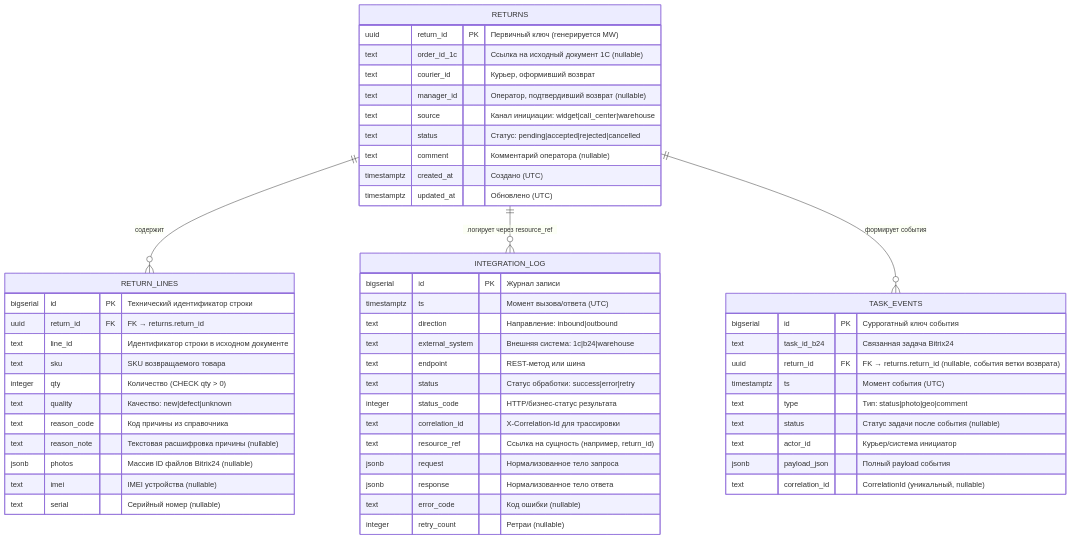
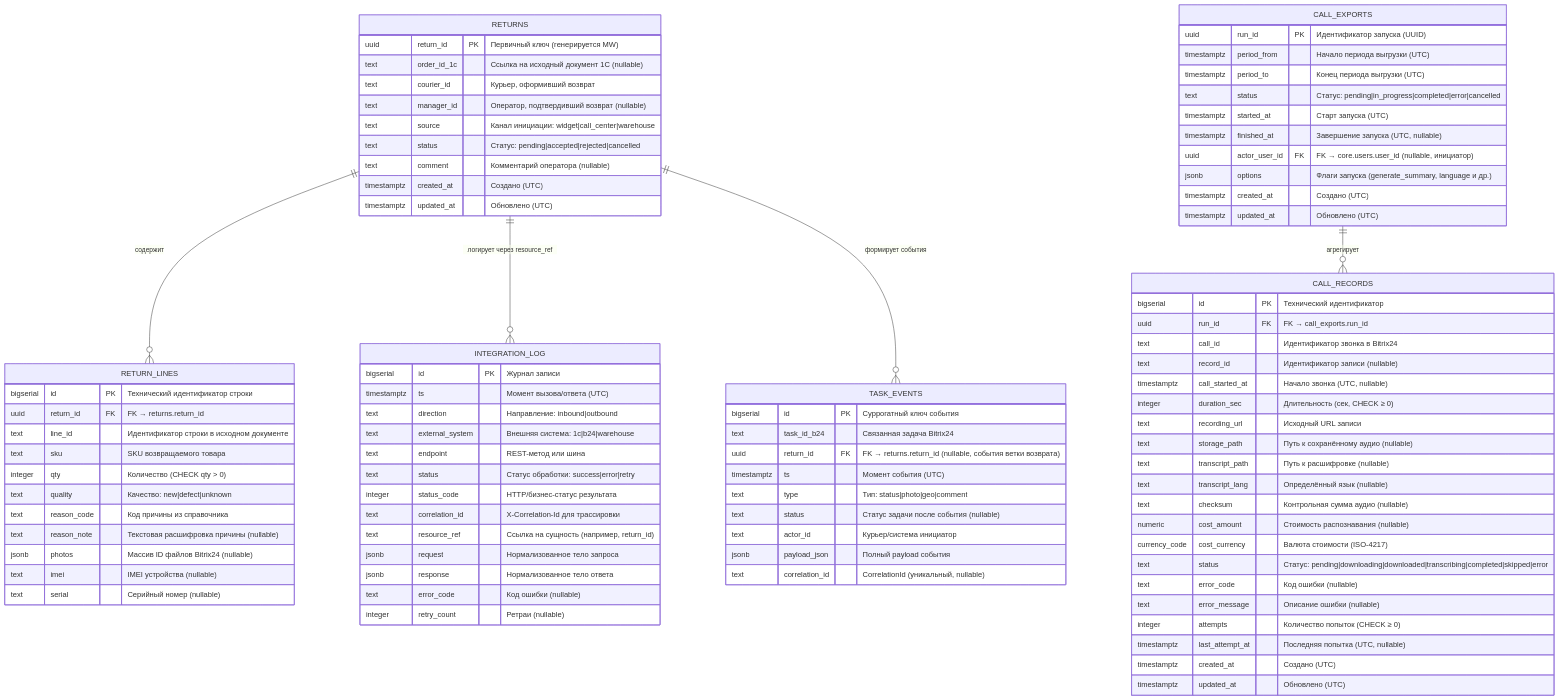
Before and after one commit to Offonika/mastermobile: the diagram in docs/data/erd.mmd, drawn with Mermaid. The commit also changed 7 other files, not shown here.

```diff
--- a/docs/data/erd.mmd
+++ b/docs/data/erd.mmd
@@ -1,59 +1,96 @@
 erDiagram
     %% Возвраты и связанные артефакты наблюдаемости
     RETURNS {
         uuid return_id PK "Первичный ключ (генерируется MW)"
         text order_id_1c "Ссылка на исходный документ 1С (nullable)"
         text courier_id "Курьер, оформивший возврат"
         text manager_id "Оператор, подтвердивший возврат (nullable)"
         text source "Канал инициации: widget|call_center|warehouse"
         text status "Статус: pending|accepted|rejected|cancelled"
         text comment "Комментарий оператора (nullable)"
         timestamptz created_at "Создано (UTC)"
         timestamptz updated_at "Обновлено (UTC)"
     }
 
     RETURN_LINES {
         bigserial id PK "Технический идентификатор строки"
         uuid return_id FK "FK → returns.return_id"
         text line_id "Идентификатор строки в исходном документе"
         text sku "SKU возвращаемого товара"
         integer qty "Количество (CHECK qty > 0)"
         text quality "Качество: new|defect|unknown"
         text reason_code "Код причины из справочника"
         text reason_note "Текстовая расшифровка причины (nullable)"
         jsonb photos "Массив ID файлов Bitrix24 (nullable)"
         text imei "IMEI устройства (nullable)"
         text serial "Серийный номер (nullable)"
     }
 
     INTEGRATION_LOG {
         bigserial id PK "Журнал записи"
         timestamptz ts "Момент вызова/ответа (UTC)"
         text direction "Направление: inbound|outbound"
         text external_system "Внешняя система: 1c|b24|warehouse"
         text endpoint "REST-метод или шина"
         text status "Статус обработки: success|error|retry"
         integer status_code "HTTP/бизнес-статус результата"
         text correlation_id "X-Correlation-Id для трассировки"
         text resource_ref "Ссылка на сущность (например, return_id)"
         jsonb request "Нормализованное тело запроса"
         jsonb response "Нормализованное тело ответа"
         text error_code "Код ошибки (nullable)"
         integer retry_count "Ретраи (nullable)"
     }
 
     TASK_EVENTS {
         bigserial id PK "Суррогатный ключ события"
         text task_id_b24 "Связанная задача Bitrix24"
         uuid return_id FK "FK → returns.return_id (nullable, события ветки возврата)"
         timestamptz ts "Момент события (UTC)"
         text type "Тип: status|photo|geo|comment"
         text status "Статус задачи после события (nullable)"
         text actor_id "Курьер/система инициатор"
         jsonb payload_json "Полный payload события"
         text correlation_id "CorrelationId (уникальный, nullable)"
     }
 
+    CALL_EXPORTS {
+        uuid run_id PK "Идентификатор запуска (UUID)"
+        timestamptz period_from "Начало периода выгрузки (UTC)"
+        timestamptz period_to "Конец периода выгрузки (UTC)"
+        text status "Статус: pending|in_progress|completed|error|cancelled"
+        timestamptz started_at "Старт запуска (UTC)"
+        timestamptz finished_at "Завершение запуска (UTC, nullable)"
+        uuid actor_user_id FK "FK → core.users.user_id (nullable, инициатор)"
+        jsonb options "Флаги запуска (generate_summary, language и др.)"
+        timestamptz created_at "Создано (UTC)"
+        timestamptz updated_at "Обновлено (UTC)"
+    }
+
+    CALL_RECORDS {
+        bigserial id PK "Технический идентификатор"
+        uuid run_id FK "FK → call_exports.run_id"
+        text call_id "Идентификатор звонка в Bitrix24"
+        text record_id "Идентификатор записи (nullable)"
+        timestamptz call_started_at "Начало звонка (UTC, nullable)"
+        integer duration_sec "Длительность (сек, CHECK ≥ 0)"
+        text recording_url "Исходный URL записи"
+        text storage_path "Путь к сохранённому аудио (nullable)"
+        text transcript_path "Путь к расшифровке (nullable)"
+        text transcript_lang "Определённый язык (nullable)"
+        text checksum "Контрольная сумма аудио (nullable)"
+        numeric cost_amount "Стоимость распознавания (nullable)"
+        currency_code cost_currency "Валюта стоимости (ISO-4217)"
+        text status "Статус: pending|downloading|downloaded|transcribing|completed|skipped|error"
+        text error_code "Код ошибки (nullable)"
+        text error_message "Описание ошибки (nullable)"
+        integer attempts "Количество попыток (CHECK ≥ 0)"
+        timestamptz last_attempt_at "Последняя попытка (UTC, nullable)"
+        timestamptz created_at "Создано (UTC)"
+        timestamptz updated_at "Обновлено (UTC)"
+    }
+
     RETURNS ||--o{ RETURN_LINES : "содержит"
     RETURNS ||--o{ INTEGRATION_LOG : "логирует через resource_ref"
     RETURNS ||--o{ TASK_EVENTS : "формирует события"
+    CALL_EXPORTS ||--o{ CALL_RECORDS : "агрегирует"
```
